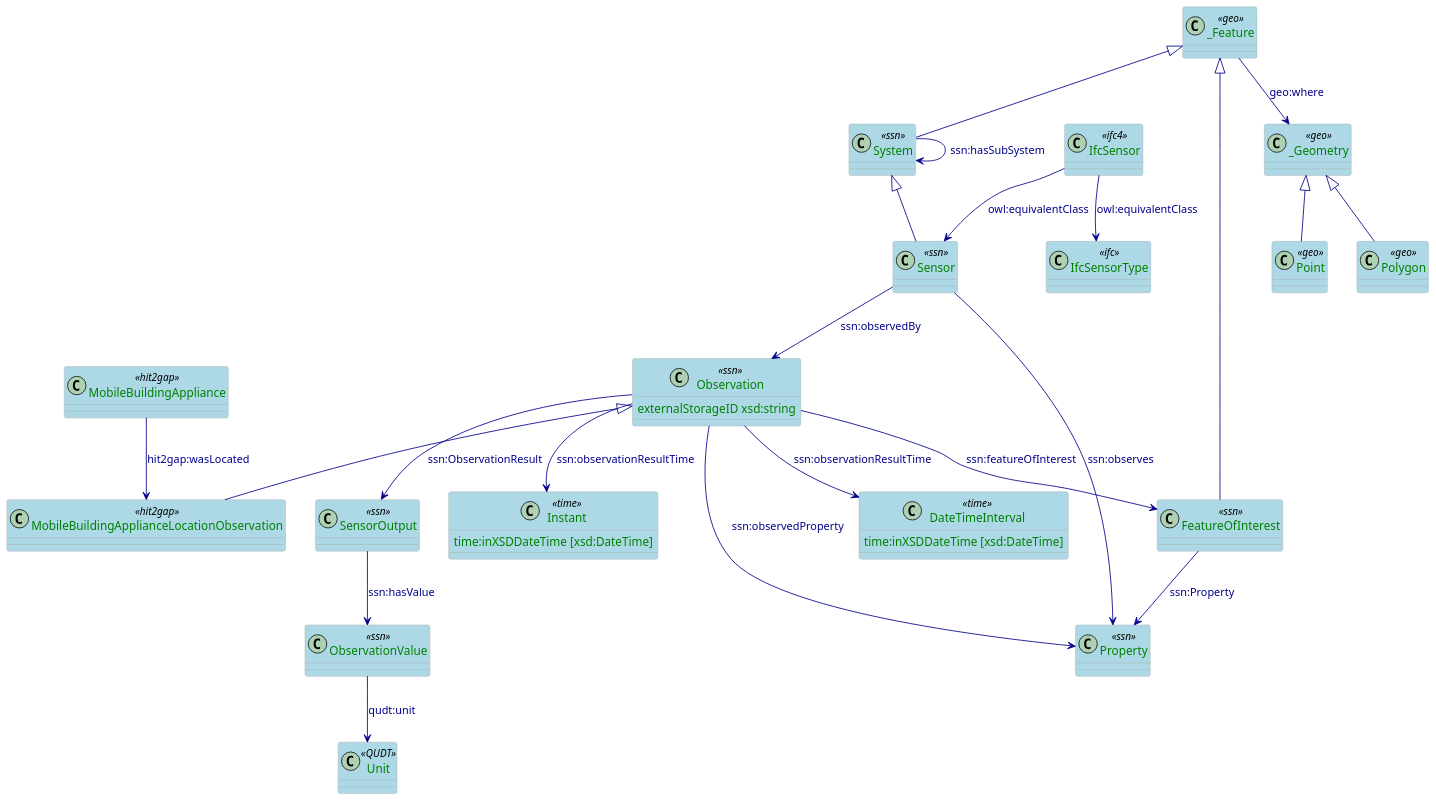
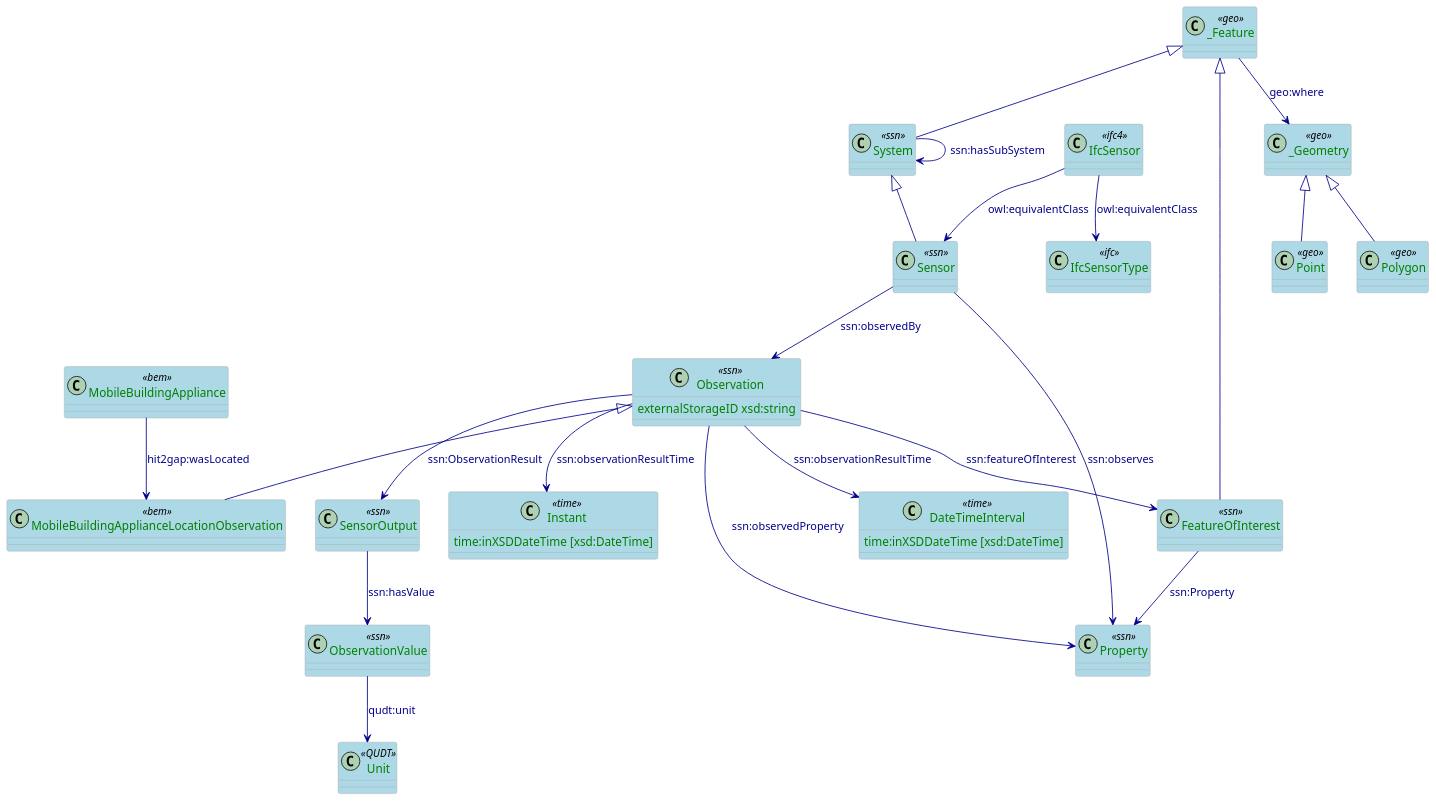
Before and after one commit to HIT2GAP-EU-PROJECT/BEMOnt: the diagram in docs/plantuml/SensorRepresentation.puml, drawn with PlantUML. The commit also changed 347 other files, not shown here.

Commit message:
Update: remove all references to the Hit2gap project, and replace with bemserver.

```diff
--- a/docs/plantuml/SensorRepresentation.puml
+++ b/docs/plantuml/SensorRepresentation.puml
@@ -1,89 +1,89 @@
 @startuml
 
 scale 0.4
 
 skinparam class {
   ArrowColor DarkBlue
   ArrowFontColor DarkBlue
   BackgroundColor LightBlue
   BorderColor DarkGrey
 }
 skinparam dpi 300
 skinparam stereotypeCBackgroundColor Wheat
 skinparam classAttributeFontColor  Green
 
 
 /'
  Definition of the classes referring the SSN-core part
 '/
 class System <<ssn>>
 class Sensor <<ssn>>
 class Observation <<ssn>> {
   externalStorageID xsd:string
 }
 
-class MobileBuildingApplianceLocationObservation <<hit2gap>>
-class MobileBuildingAppliance <<hit2gap>>
+class MobileBuildingApplianceLocationObservation <<bem>>
+class MobileBuildingAppliance <<bem>>
 
 class FeatureOfInterest <<ssn>>
 class Property <<ssn>>
 class SensorOutput <<ssn>>
 class ObservationValue <<ssn>>
 class Instant <<time>>{
     time:inXSDDateTime [xsd:DateTime]
 }
 class DateTimeInterval <<time>>{
     time:inXSDDateTime [xsd:DateTime]
 }
 class Unit <<QUDT>>
 
 class IfcSensor <<ifc4>>
 class IfcSensorType <<ifc>>
 
 /'
   Definition of the Geo-core part
 '/
 class _Feature <<geo>>
 class _Geometry <<geo>>
 class Point <<geo>>
 class Polygon <<geo>>
 
 
 /'
  Definition of the SSN model to model the sensor observation of the building
  facilities
 '/
 
 System --> System: ssn:hasSubSystem
 System <|-- Sensor
 
 Observation <|-- MobileBuildingApplianceLocationObservation
 MobileBuildingAppliance --> MobileBuildingApplianceLocationObservation: hit2gap:wasLocated
 
 IfcSensor --> Sensor: owl:equivalentClass
 Sensor --> Observation: ssn:observedBy
 Sensor --> Property: ssn:observes
 Observation --> FeatureOfInterest: ssn:featureOfInterest
 Observation --> Property: ssn:observedProperty
 FeatureOfInterest --> Property: ssn:Property
 Observation --> SensorOutput: ssn:ObservationResult
 SensorOutput --> ObservationValue: ssn:hasValue
 ObservationValue --> Unit: qudt:unit
 Observation --> Instant: ssn:observationResultTime
 Observation --> DateTimeInterval: ssn:observationResultTime
 
 /'
   Definition of the geospatial part using GeoOWL ontology
 '/
 
 _Feature --> _Geometry: geo:where
 _Geometry <|-- Point
 _Geometry <|-- Polygon
 
 _Feature <|-- FeatureOfInterest
 _Feature <|-- System
 
 IfcSensor --> IfcSensorType: owl:equivalentClass
 
 
 @enduml
```
